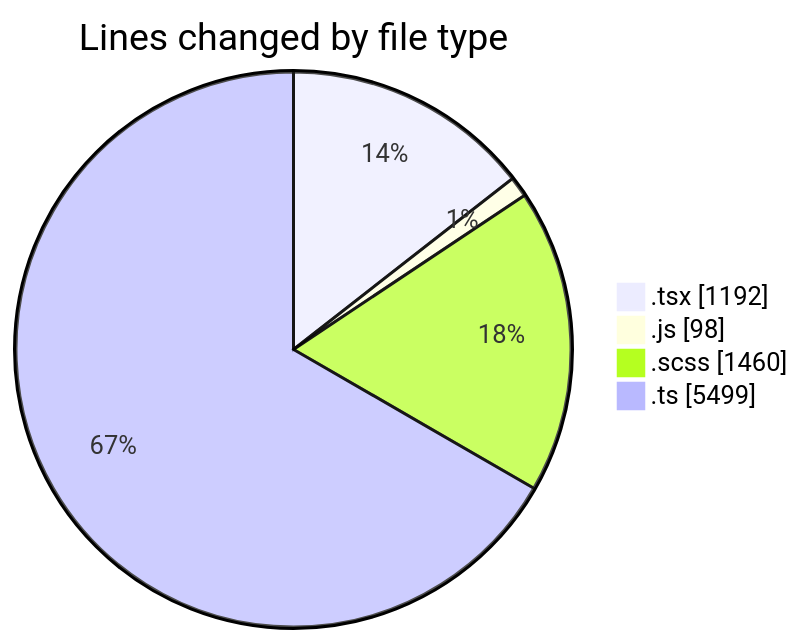
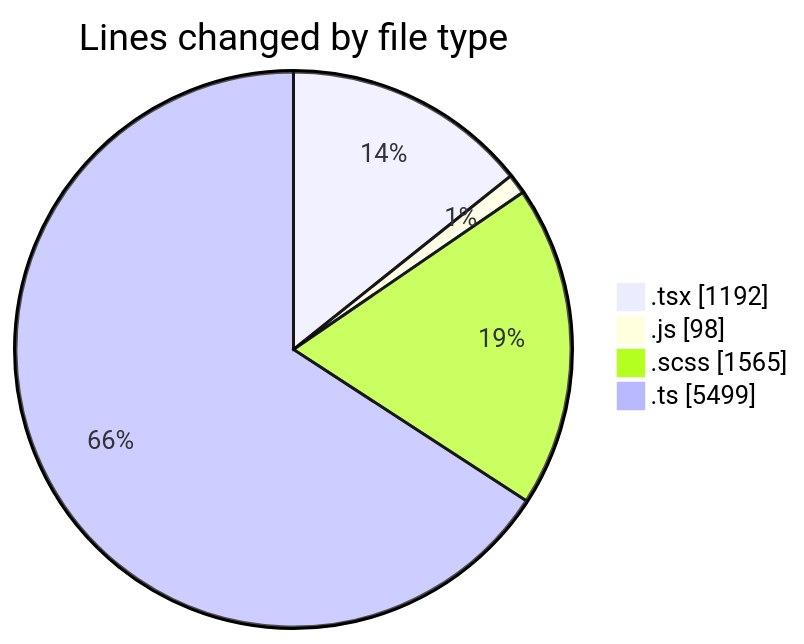
The first of 2 diagrams in 2025-03-31/cda/README.md (momahboobian/code-tracking), drawn with Mermaid before and after one commit. The commit also changed other lines of this file and 1 other file, not shown here.

````diff
--- a/2025-03-31/cda/README.md
+++ b/2025-03-31/cda/README.md
@@ -39,8 +39,8 @@
 ```mermaid
 pie showData
 title Lines changed by file type
 ".tsx" : 1192
 ".js" : 98
-".scss" : 1460
+".scss" : 1565
 ".ts" : 5499
 ```
````
